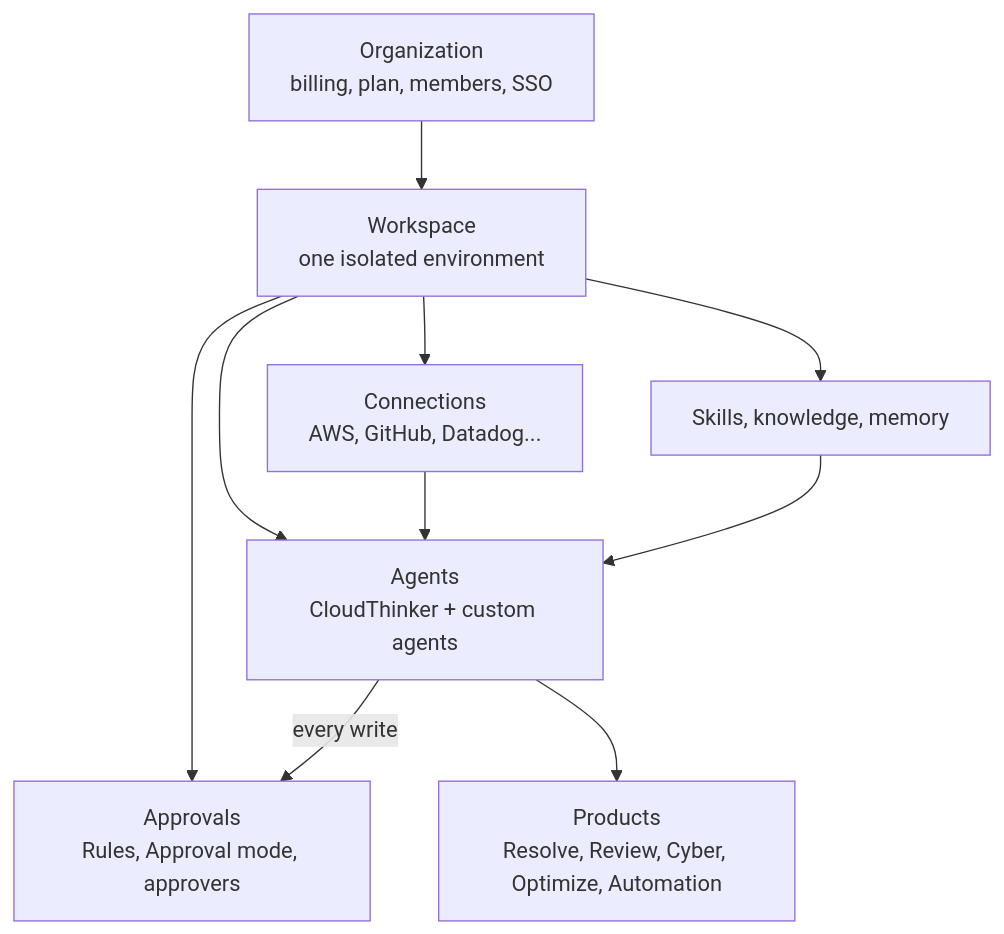
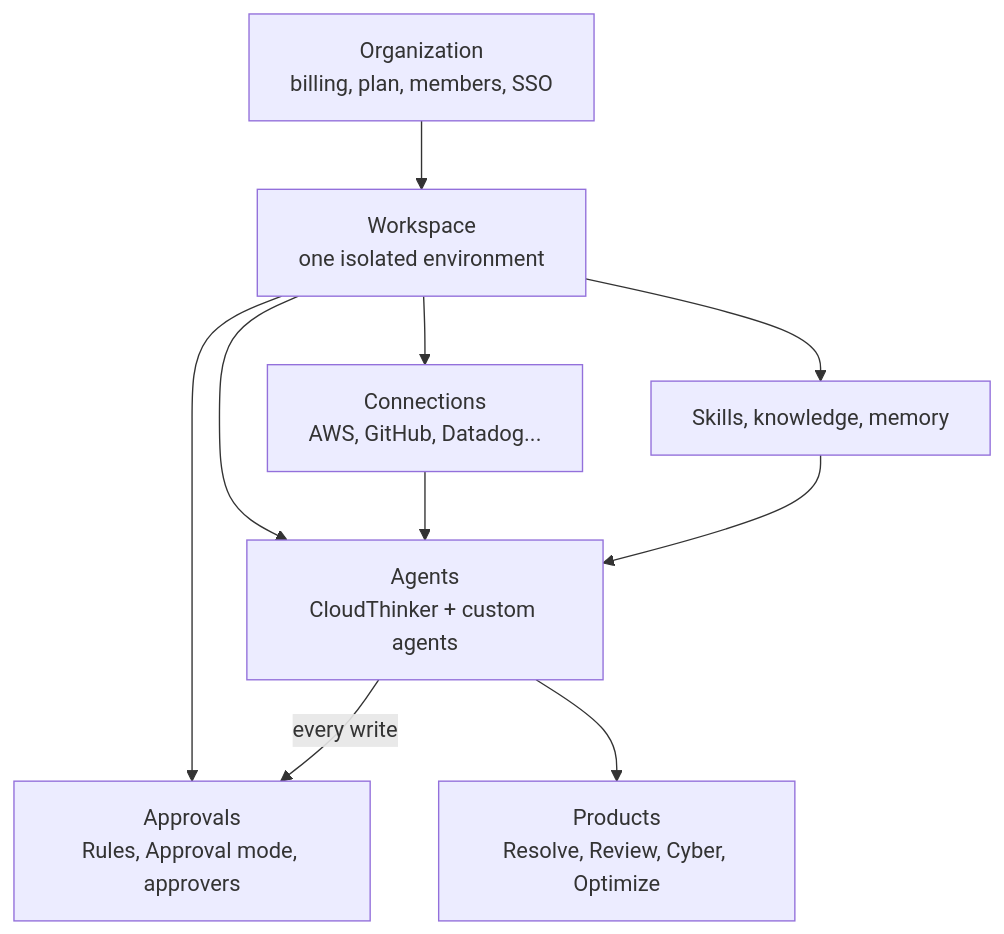
One commit to nhat-tranvan/docs changed the diagram in guide/concepts.mdx. Above: the diagram before and after it, drawn with Mermaid. The commit also changed other lines of this file and 432 other files, not shown here.

````diff
--- a/guide/concepts.mdx
+++ b/guide/concepts.mdx
@@ -9,12 +9,12 @@
 ```mermaid
 flowchart TB
   Org["Organization<br/>billing, plan, members, SSO"] --> WS["Workspace<br/>one isolated environment"]
   WS --> Conn["Connections<br/>AWS, GitHub, Datadog..."]
   WS --> Agents["Agents<br/>CloudThinker + custom agents"]
   WS --> Ctx["Skills, knowledge, memory"]
   WS --> Appr["Approvals<br/>Rules, Approval mode, approvers"]
   Conn --> Agents
   Ctx --> Agents
   Agents -->|every write| Appr
-  Agents --> Products["Products<br/>Resolve, Review, Cyber, Optimize, Automation"]
+  Agents --> Products["Products<br/>Resolve, Review, Cyber, Optimize"]
 ```
````
